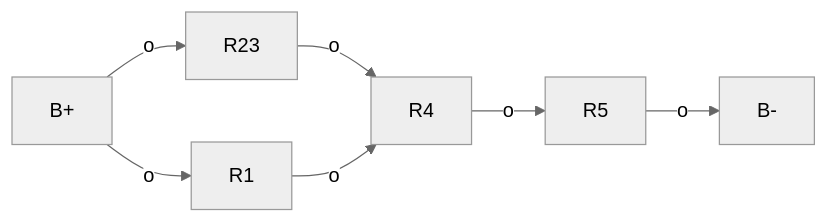
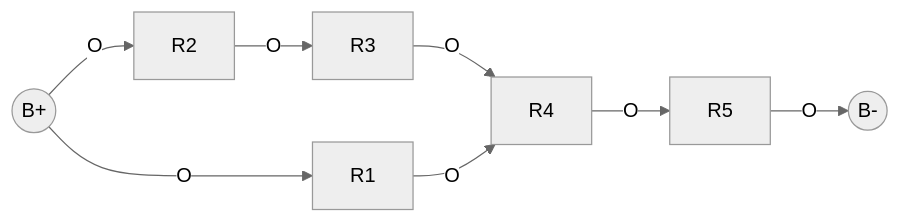
Before and after one commit to govert9213275/Mathematics_Physics_Lectures: diagram 11 of 11 in sandbox/curcite.md, drawn with Mermaid (neutral theme). The commit also changed other lines of this file, not shown here.

Commit message:
Refactor circuit diagrams for clarity and consistency in representation

````diff
--- a/sandbox/curcite.md
+++ b/sandbox/curcite.md
@@ -12,9 +130,10 @@
 ```mermaid
 graph LR
-    B+-->|o|R1
-    B+-->|o|R23
-    R23-->|o|R4
-    R1-->|o|R4
-    R4-->|o|R5
-    R5-->|o|B-
+    B+((B+))-->|O|R1
+    B+-->|O|R2
+    R2-->|O|R3
+    R3-->|O|R4
+    R1-->|O|R4
+    R4-->|O|R5
+    R5-->|O|B-((B-))
 ```
````
